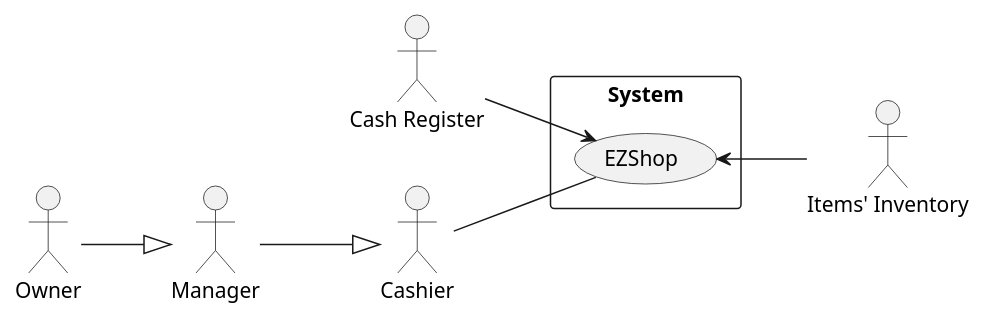
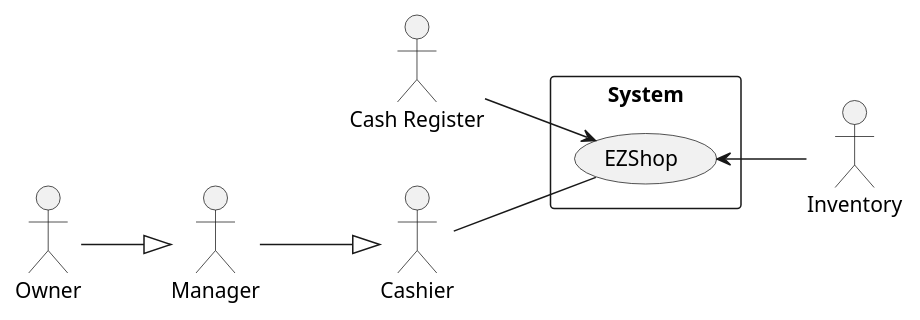
Before and after one commit to mspronesti/ezshop: the first of 3 diagrams in Deliverables/RequirementsDocument.md, drawn with PlantUML. The commit also changed other lines of this file, not shown here.

````diff
--- a/Deliverables/RequirementsDocument.md
+++ b/Deliverables/RequirementsDocument.md
@@ -54,27 +54,27 @@
 ```plantuml
 @startuml
 skinparam packageStyle rectangle
 left to right direction
 
 
 actor :Manager: as m
 actor :Owner: as o
 actor :Cash Register: as cr
-actor :Items' Inventory: as iv
+actor :Inventory: as iv
 actor Cashier as c
 
 
 m --|> c
 o --|> m
 
 rectangle System{
 (EZShop) as ez	
 
 cr --> ez 
 ez <-- iv
 c -- ez
 
 }
 
 @enduml
 ```
````
